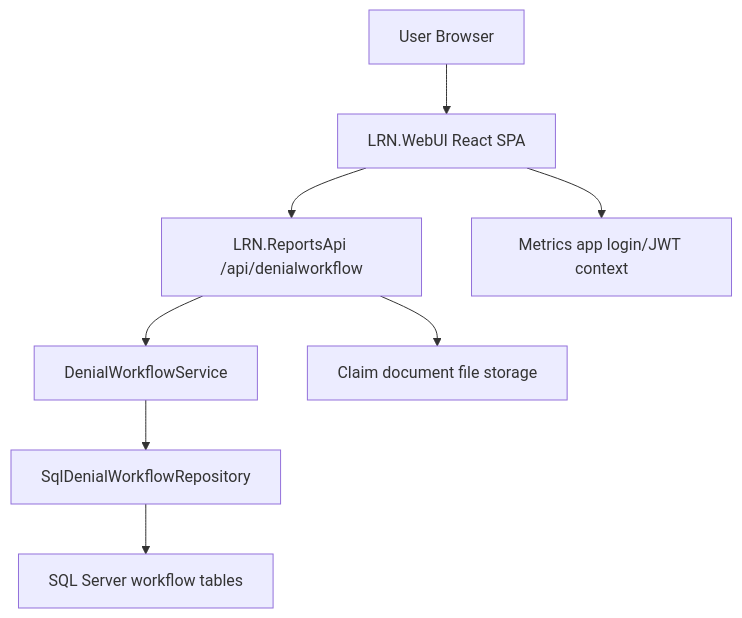
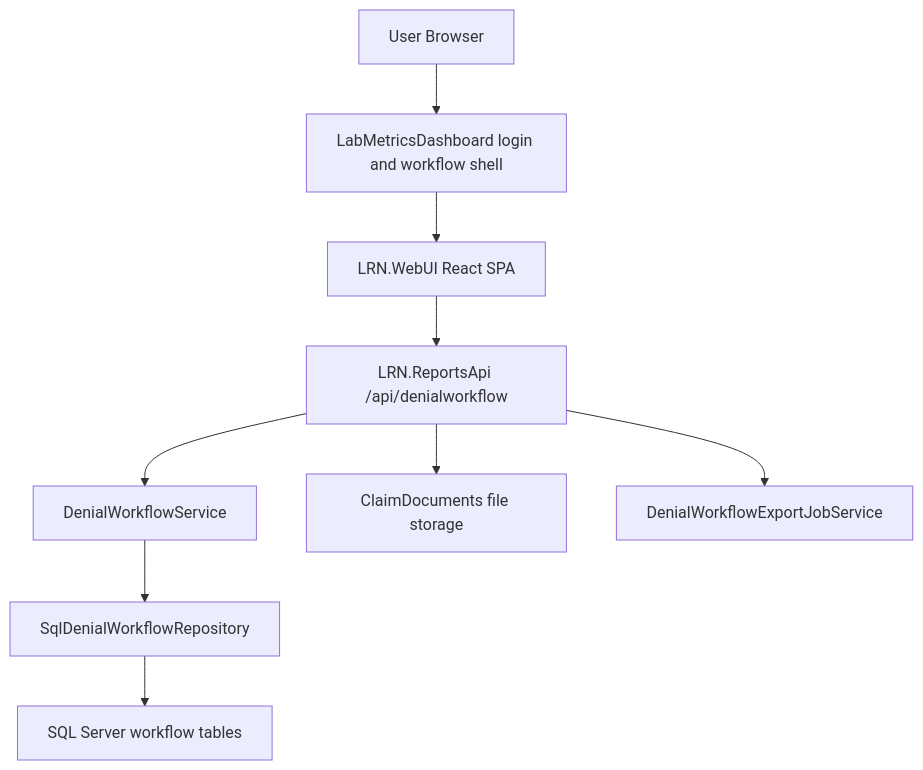
One commit to LRNDevteam/LRNMetricsApp changed the diagram in artifacts/docs/denial-workflow-project-documentation.md. Above: the diagram before and after it, drawn with Mermaid. The commit also changed other lines of this file, not shown here.

Commit message:
workflow chnges

````diff
--- a/artifacts/docs/denial-workflow-project-documentation.md
+++ b/artifacts/docs/denial-workflow-project-documentation.md
@@ -46,10 +50,11 @@
 ```mermaid
 flowchart TD
-    A["User Browser"] --> B["LRN.WebUI React SPA"]
-    B --> C["LRN.ReportsApi /api/denialworkflow"]
-    C --> D["DenialWorkflowService"]
-    D --> E["SqlDenialWorkflowRepository"]
-    E --> F["SQL Server workflow tables"]
-    C --> G["Claim document file storage"]
-    B --> H["Metrics app login/JWT context"]
+    A["User Browser"] --> B["LabMetricsDashboard login and workflow shell"]
+    B --> C["LRN.WebUI React SPA"]
+    C --> D["LRN.ReportsApi /api/denialworkflow"]
+    D --> E["DenialWorkflowService"]
+    E --> F["SqlDenialWorkflowRepository"]
+    F --> G["SQL Server workflow tables"]
+    D --> H["ClaimDocuments file storage"]
+    D --> I["DenialWorkflowExportJobService"]
 ```
````
